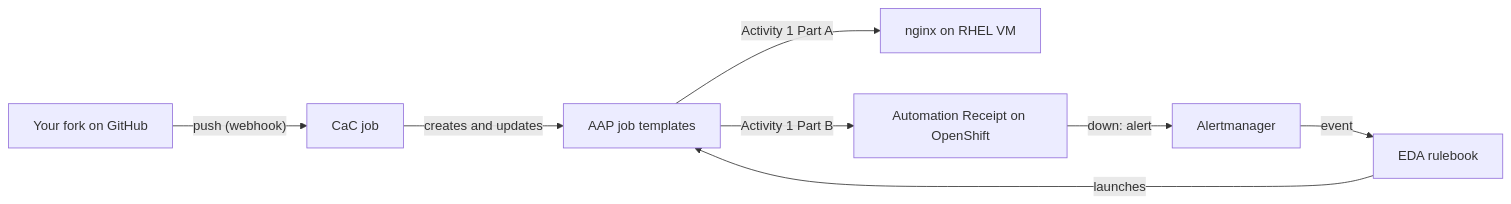
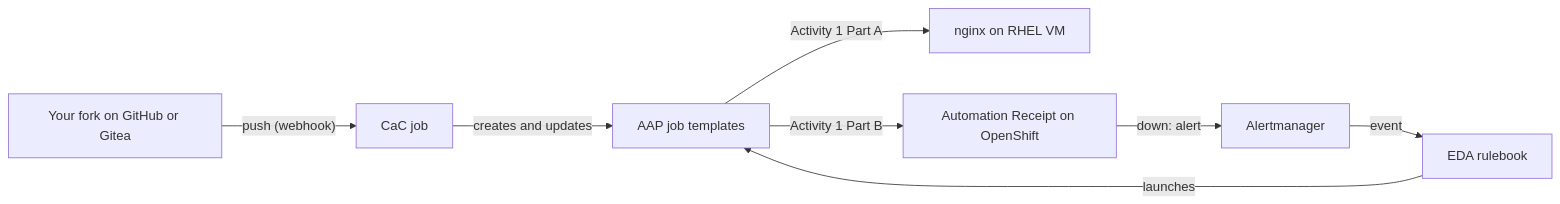
One commit to Meza1923/AAP-WorkShop changed the diagram in README.md. Above: the diagram before and after it, drawn with Mermaid. The commit also changed other lines of this file and 10 other files, not shown here.

Commit message:
Add Gitea deployment and GitHub/Gitea options for the activities

````diff
--- a/README.md
+++ b/README.md
@@ -15,10 +15,10 @@
 ```mermaid
 flowchart LR
-    Git["Your fork on GitHub"] -- "push (webhook)" --> CaC["CaC job"]
+    Git["Your fork on GitHub or Gitea"] -- "push (webhook)" --> CaC["CaC job"]
     CaC -- "creates and updates" --> AAP["AAP job templates"]
     AAP -- "Activity 1 Part A" --> VM["nginx on RHEL VM"]
     AAP -- "Activity 1 Part B" --> App["Automation Receipt on OpenShift"]
     App -- "down: alert" --> AM["Alertmanager"]
     AM -- "event" --> EDA["EDA rulebook"]
     EDA -- "launches" --> AAP
 ```
````
